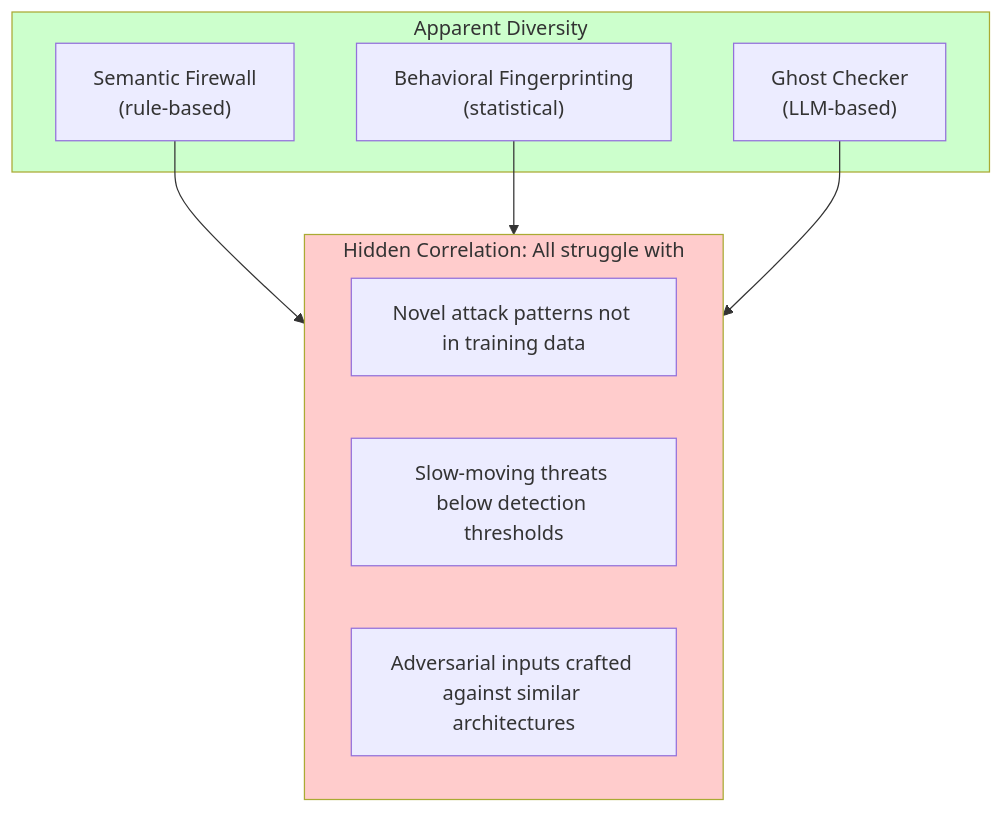
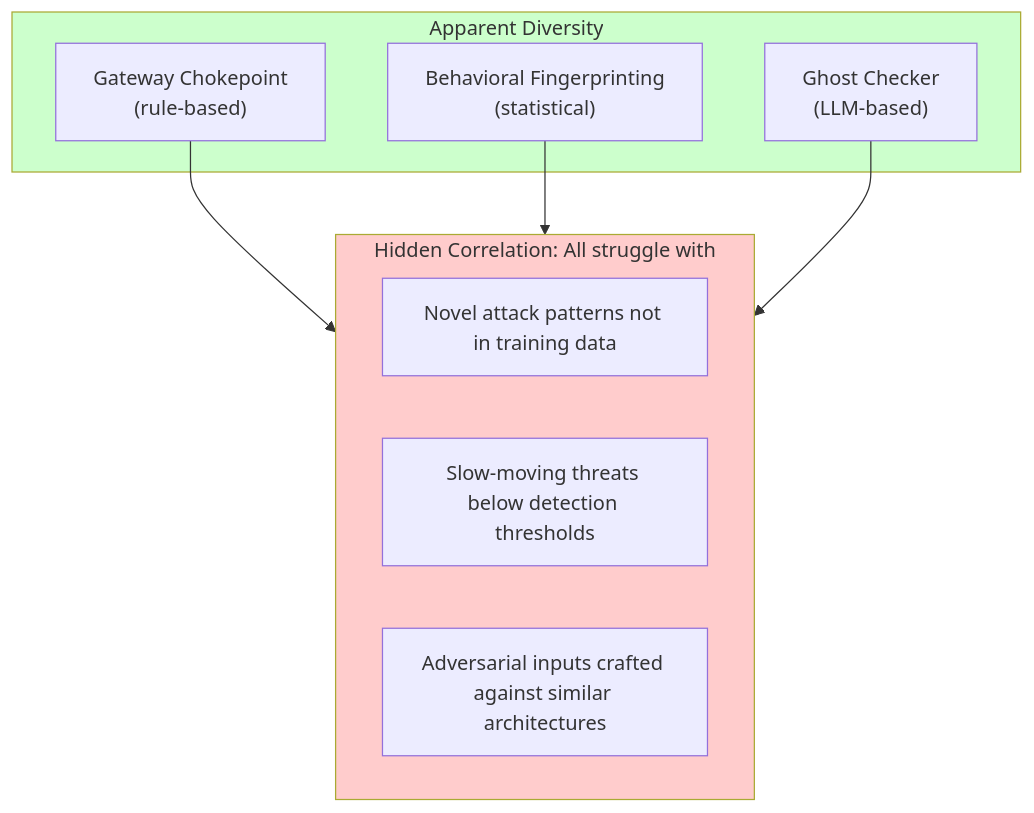
The first of 6 diagrams in apps/delegation-risk/src/content/docs/entanglements/fundamentals/challenges.md (quantified-uncertainty/cairn), drawn with Mermaid before and after one commit. The commit also changed other lines of this file and 57 other files, not shown here.

````diff
--- a/apps/delegation-risk/src/content/docs/entanglements/fundamentals/challenges.md
+++ b/apps/delegation-risk/src/content/docs/entanglements/fundamentals/challenges.md
@@ -48,19 +48,19 @@
 ```mermaid
 flowchart TB
     subgraph Apparent["Apparent Diversity"]
-        SF["Semantic Firewall<br/>(rule-based)"]
+        SF["Gateway Chokepoint<br/>(rule-based)"]
         BF["Behavioral Fingerprinting<br/>(statistical)"]
         GC["Ghost Checker<br/>(LLM-based)"]
     end
     subgraph Hidden["Hidden Correlation: All struggle with"]
         N1["Novel attack patterns not in training data"]
         N2["Slow-moving threats below detection thresholds"]
         N3["Adversarial inputs crafted against similar architectures"]
     end
     SF --> Hidden
     BF --> Hidden
     GC --> Hidden
 
     style Apparent fill:#ccffcc
     style Hidden fill:#ffcccc
 ```
````
